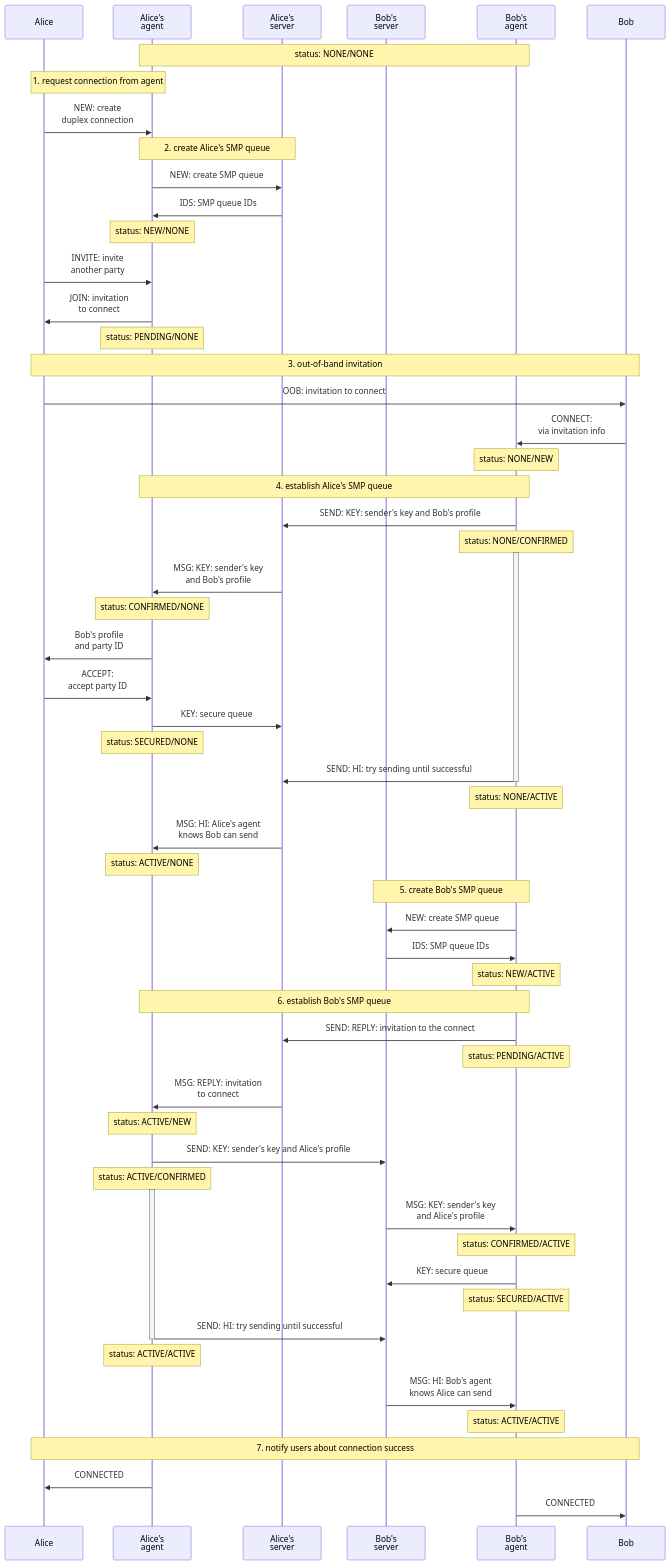
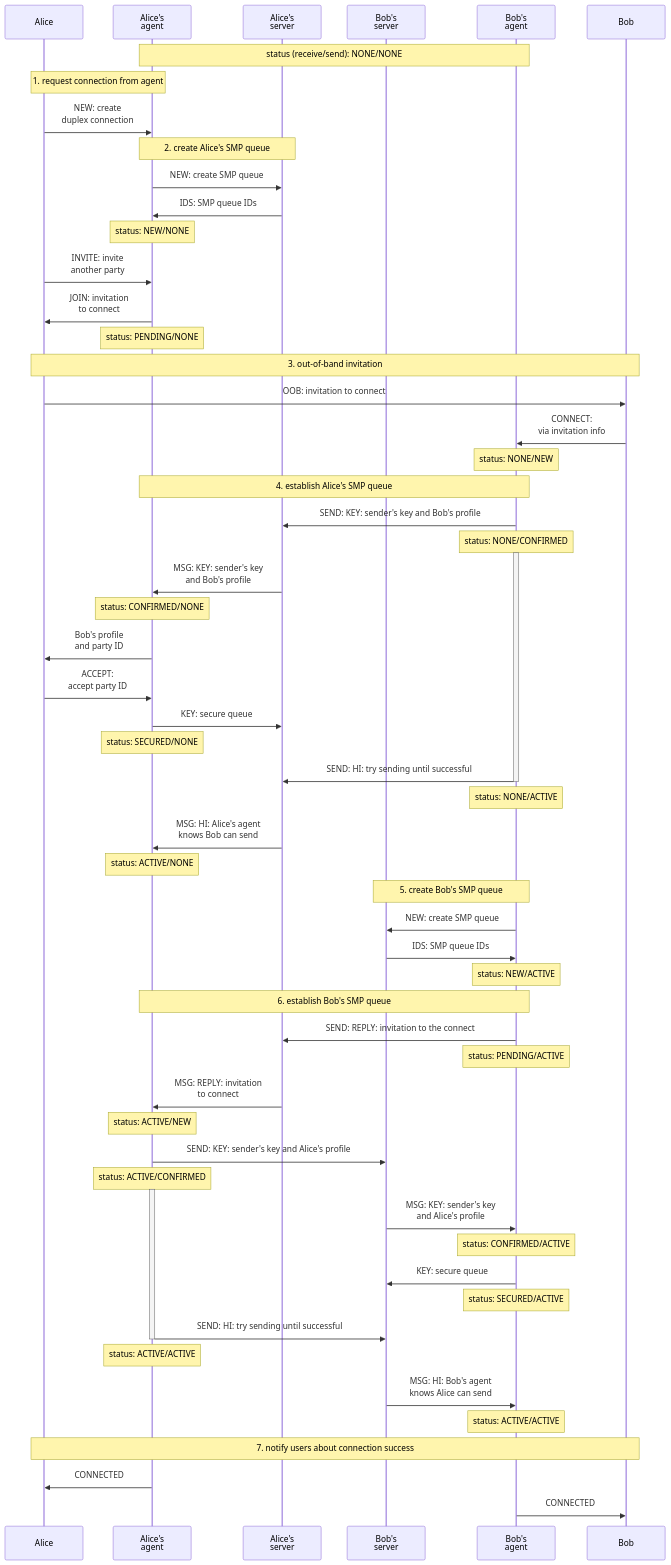
One commit to simplex-chat/simplex-chat changed the diagram in diagrams/duplex-messaging/duplex-creating.mmd. Above: the diagram before and after it, drawn with Mermaid. The commit also changed 1 other file, not shown here.

Commit message:
diagram: queue status (receive/send)

```diff
--- a/diagrams/duplex-messaging/duplex-creating.mmd
+++ b/diagrams/duplex-messaging/duplex-creating.mmd
@@ -1,72 +1,72 @@
 sequenceDiagram
   participant A as Alice
   participant AA as Alice's<br>agent
   participant AS as Alice's<br>server
   participant BS as Bob's<br>server
   participant BA as Bob's<br>agent
   participant B as Bob
 
-  note over AA, BA: status: NONE/NONE
+  note over AA, BA: status (receive/send): NONE/NONE
 
   note over A, AA: 1. request connection from agent
   A ->> AA: NEW: create<br>duplex connection
  
   note over AA, AS: 2. create Alice's SMP queue
   AA ->> AS: NEW: create SMP queue
   AS ->> AA: IDS: SMP queue IDs
   note over AA: status: NEW/NONE
 
   A ->> AA: INVITE: invite<br>another party
   AA ->> A: JOIN: invitation<br>to connect
   note over AA: status: PENDING/NONE
 
   note over A, B: 3. out-of-band invitation
   A ->> B: OOB: invitation to connect
   B ->> BA: CONNECT:<br>via invitation info
   note over BA: status: NONE/NEW
 
   note over BA, AA: 4. establish Alice's SMP queue
   BA ->> AS: SEND: KEY: sender's key and Bob's profile
   note over BA: status: NONE/CONFIRMED
   activate BA
   AS ->> AA: MSG: KEY: sender's key<br>and Bob's profile
   note over AA: status: CONFIRMED/NONE
   AA ->> A: Bob's profile<br>and party ID
   A ->> AA: ACCEPT:<br>accept party ID
   AA ->> AS: KEY: secure queue
   note over AA: status: SECURED/NONE
 
   BA ->> AS: SEND: HI: try sending until successful
   deactivate BA
   note over BA: status: NONE/ACTIVE
   AS ->> AA: MSG: HI: Alice's agent<br>knows Bob can send
   note over AA: status: ACTIVE/NONE
 
   note over BA, BS: 5. create Bob's SMP queue
   BA ->> BS: NEW: create SMP queue
   BS ->> BA: IDS: SMP queue IDs
   note over BA: status: NEW/ACTIVE
 
   note over AA, BA: 6. establish Bob's SMP queue
   BA ->> AS: SEND: REPLY: invitation to the connect
   note over BA: status: PENDING/ACTIVE
   AS ->> AA: MSG: REPLY: invitation<br>to connect
   note over AA: status: ACTIVE/NEW
 
   AA ->> BS: SEND: KEY: sender's key and Alice's profile
   note over AA: status: ACTIVE/CONFIRMED
   activate AA
   BS ->> BA: MSG: KEY: sender's key<br>and Alice's profile
   note over BA: status: CONFIRMED/ACTIVE
   BA ->> BS: KEY: secure queue
   note over BA: status: SECURED/ACTIVE
 
   AA ->> BS: SEND: HI: try sending until successful
   deactivate AA
   note over AA: status: ACTIVE/ACTIVE
   BS ->> BA: MSG: HI: Bob's agent<br>knows Alice can send
   note over BA: status: ACTIVE/ACTIVE
 
   note over A, B: 7. notify users about connection success
   AA ->> A: CONNECTED
   BA ->> B: CONNECTED
```
